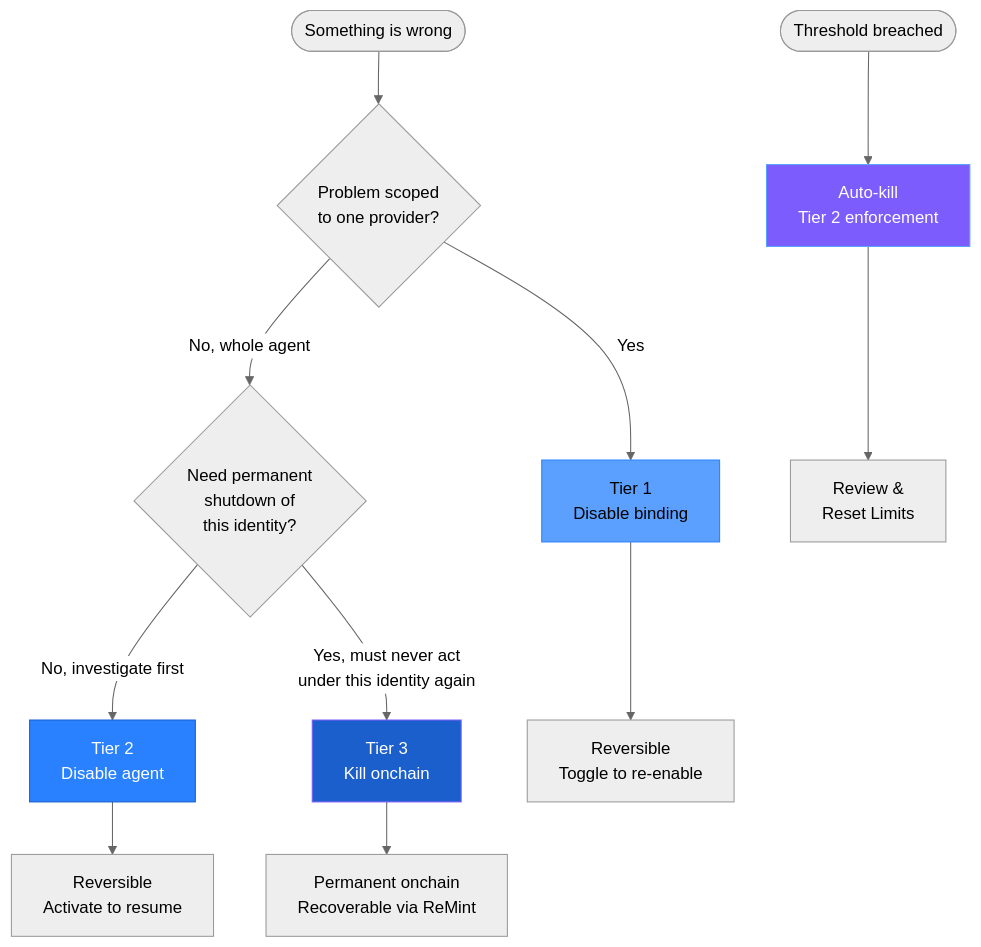
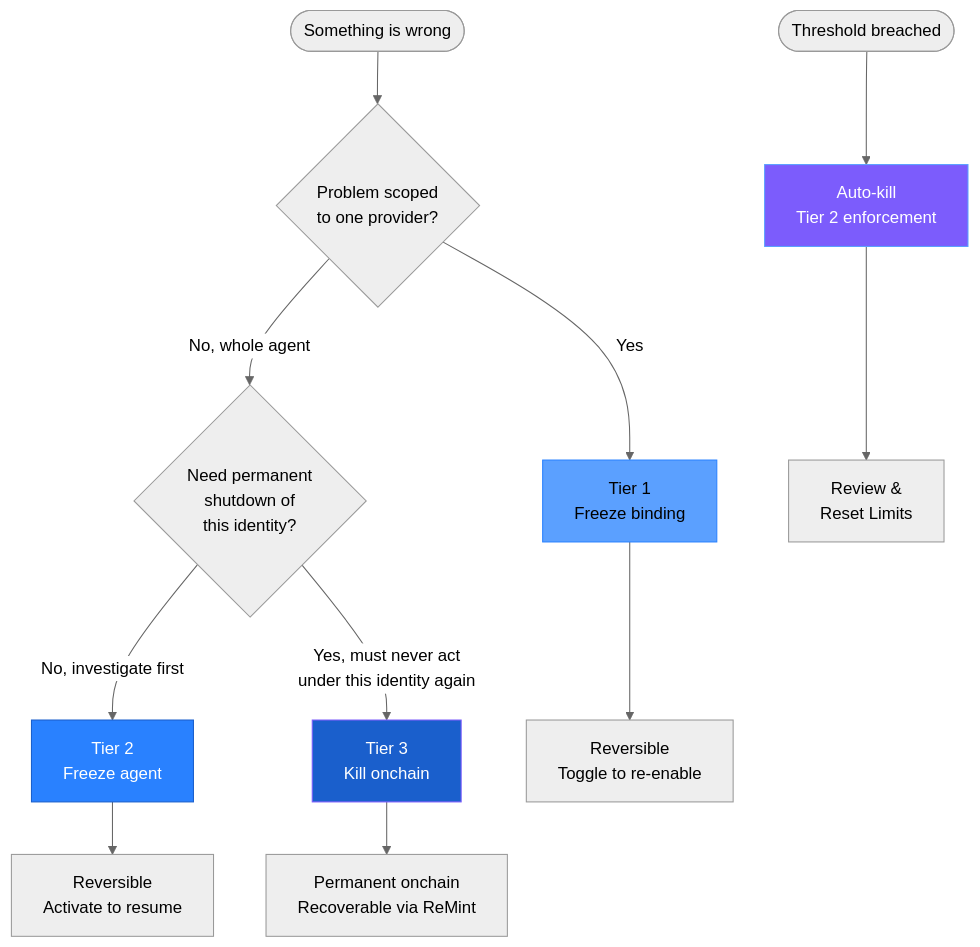
One commit to VitroTech/agentroot-docs changed the diagram in kill-switch.mdx. Above: the diagram before and after it, drawn with Mermaid (neutral theme). The commit also changed other lines of this file and 11 other files, not shown here.

````diff
--- a/kill-switch.mdx
+++ b/kill-switch.mdx
@@ -152,24 +154,24 @@
 ```mermaid
 flowchart TD
     Start([Something is wrong]) --> Q1{Problem scoped<br/>to one provider?}
-    Q1 -->|Yes| T1[Tier 1<br/>Disable binding]
+    Q1 -->|Yes| T1[Tier 1<br/>Freeze binding]
     Q1 -->|No, whole agent| Q2{Need permanent<br/>shutdown of<br/>this identity?}
-    Q2 -->|No, investigate first| T2[Tier 2<br/>Disable agent]
+    Q2 -->|No, investigate first| T2[Tier 2<br/>Freeze agent]
     Q2 -->|Yes, must never act<br/>under this identity again| T3[Tier 3<br/>Kill onchain]
 
     T1 --> R1[Reversible<br/>Toggle to re-enable]
     T2 --> R2[Reversible<br/>Activate to resume]
     T3 --> R3[Permanent onchain<br/>Recoverable via ReMint]
 
     Auto([Threshold breached]) --> AK[Auto-kill<br/>Tier 2 enforcement]
     AK --> R4[Review &<br/>Reset Limits]
 
     classDef tier1 fill:#5BA0FF,stroke:#2981FF,color:#000
     classDef tier2 fill:#2981FF,stroke:#1A5FCC,color:#fff
     classDef tier3 fill:#1A5FCC,stroke:#7C5CFC,color:#fff
     classDef auto fill:#7C5CFC,stroke:#5BA0FF,color:#fff
     class T1 tier1
     class T2 tier2
     class T3 tier3
     class AK auto
 ```
````
